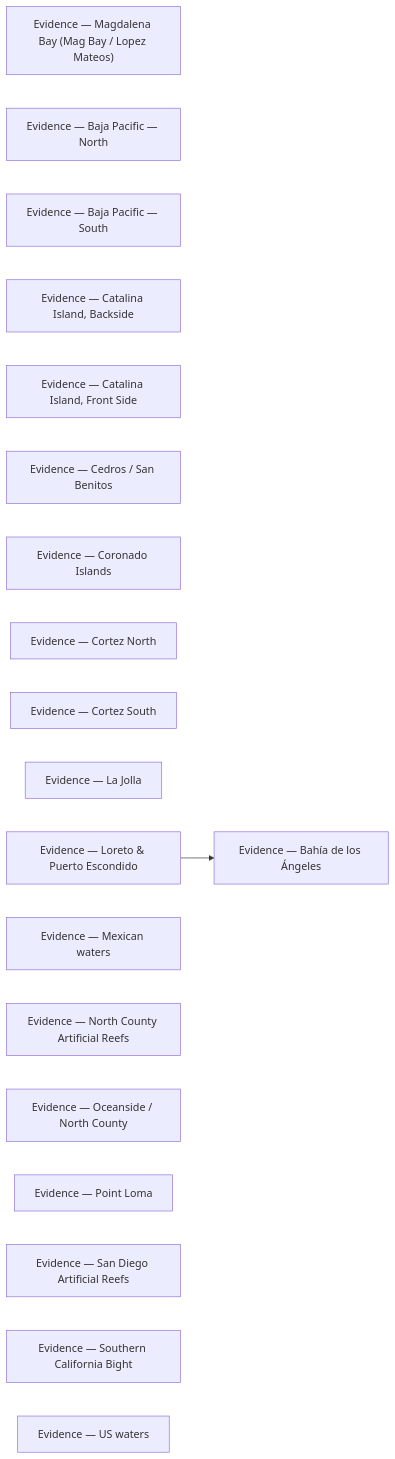
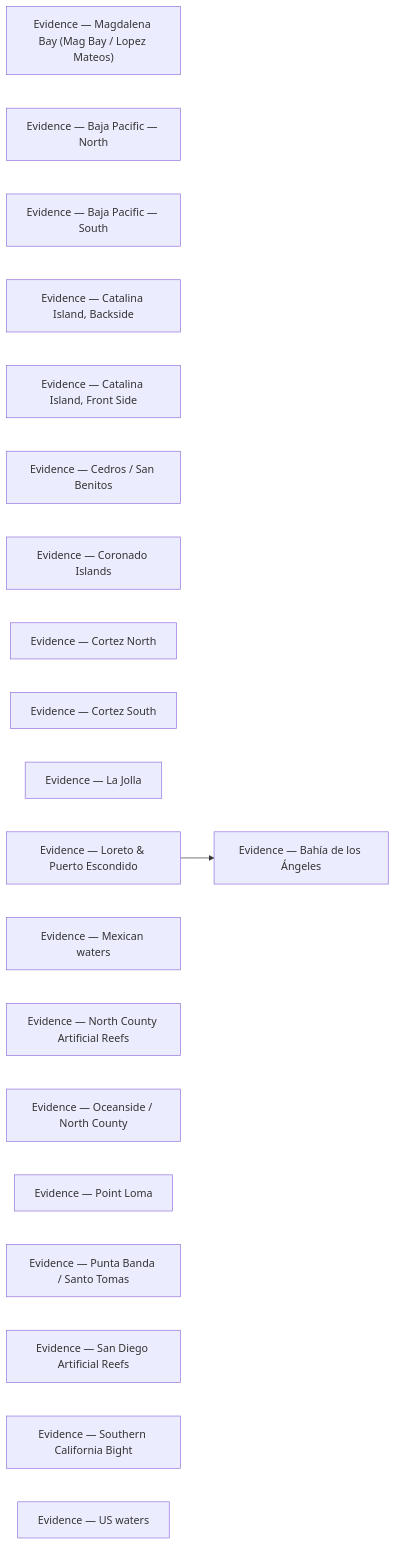
Before and after one commit to camchuckpete-max/Socal-Fishing-Knowledge: the diagram in locations/evidence/README.md, drawn with Mermaid. The commit also changed other lines of this file and 9 other files, not shown here.

Commit message:
review: locations/punta-banda-santo-tomas.md — geo

````diff
--- a/locations/evidence/README.md
+++ b/locations/evidence/README.md
@@ -32,23 +33,24 @@
 ```mermaid
 graph LR
   n0["Evidence — Bahía de los Ángeles"]
   n1["Evidence — Magdalena Bay (Mag Bay / Lopez Mateos)"]
   n2["Evidence — Baja Pacific — North"]
   n3["Evidence — Baja Pacific — South"]
   n4["Evidence — Catalina Island, Backside"]
   n5["Evidence — Catalina Island, Front Side"]
   n6["Evidence — Cedros / San Benitos"]
   n7["Evidence — Coronado Islands"]
   n8["Evidence — Cortez North"]
   n9["Evidence — Cortez South"]
   n10["Evidence — La Jolla"]
   n11["Evidence — Loreto & Puerto Escondido"]
   n12["Evidence — Mexican waters"]
   n13["Evidence — North County Artificial Reefs"]
   n14["Evidence — Oceanside / North County"]
   n15["Evidence — Point Loma"]
-  n16["Evidence — San Diego Artificial Reefs"]
-  n17["Evidence — Southern California Bight"]
-  n18["Evidence — US waters"]
+  n16["Evidence — Punta Banda / Santo Tomas"]
+  n17["Evidence — San Diego Artificial Reefs"]
+  n18["Evidence — Southern California Bight"]
+  n19["Evidence — US waters"]
   n11 --> n0
 ```
````
